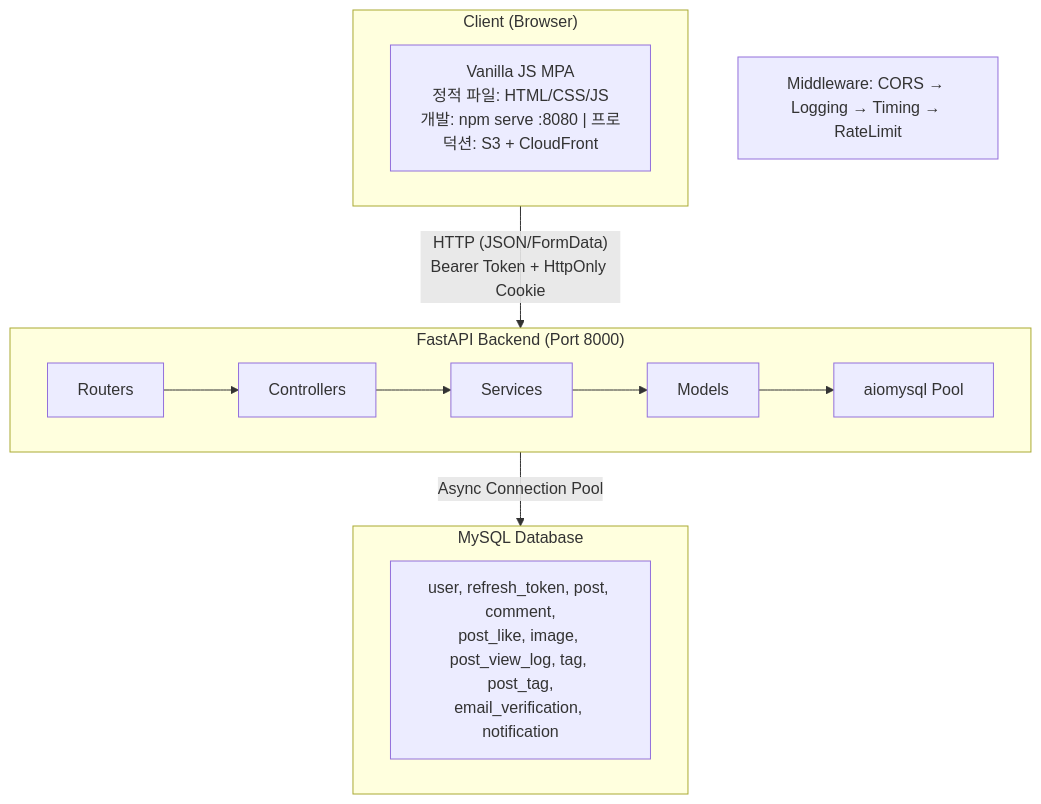
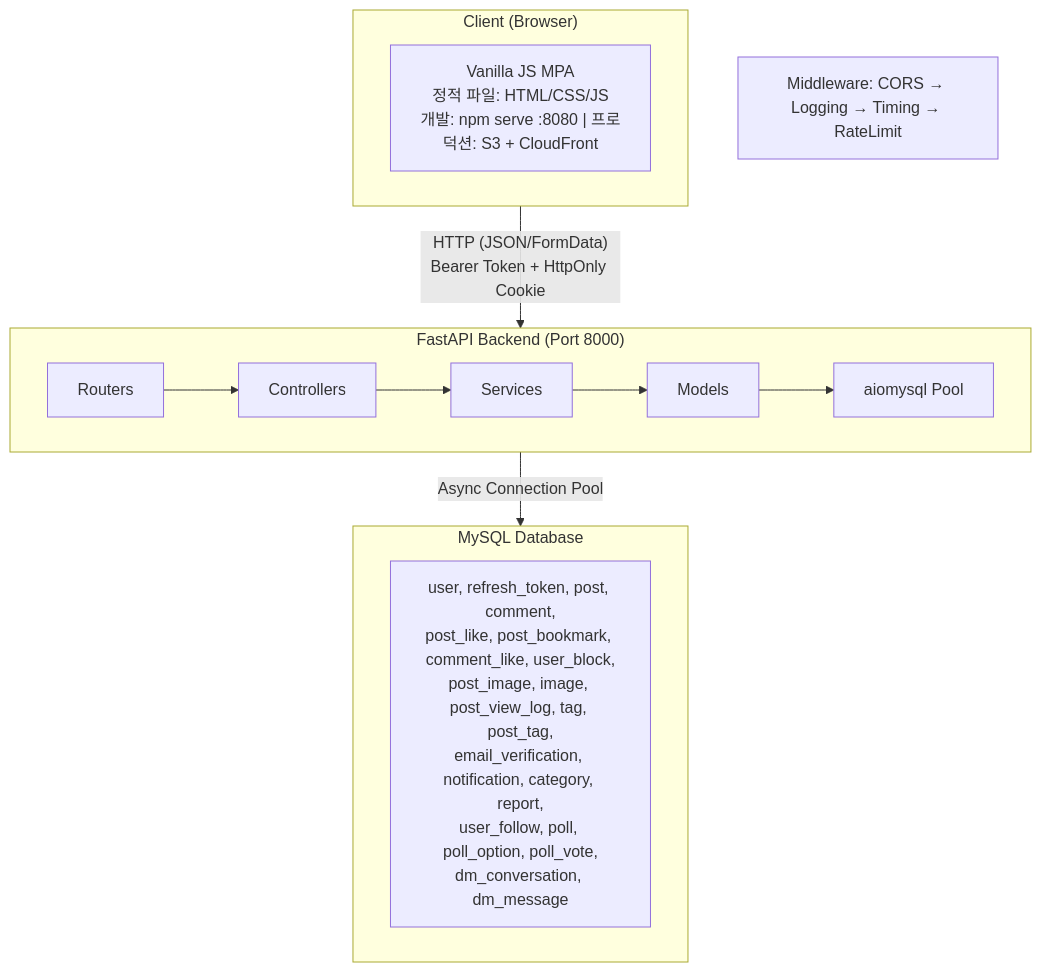
The first of 3 diagrams in README.md (revenantonthemission/2-cho-community-be), drawn with Mermaid before and after one commit. The commit also changed other lines of this file, not shown here.

````diff
--- a/README.md
+++ b/README.md
@@ -45,21 +51,21 @@
 ```mermaid
 flowchart TD
     subgraph Client["Client (Browser)"]
         FE["Vanilla JS MPA<br/>정적 파일: HTML/CSS/JS<br/>개발: npm serve :8080 | 프로덕션: S3 + CloudFront"]
     end
 
     Client -->|"HTTP (JSON/FormData)<br/>Bearer Token + HttpOnly Cookie"| Backend
 
     subgraph Backend["FastAPI Backend (Port 8000)"]
         direction LR
         Routers --> Controllers --> Services --> Models --> Pool["aiomysql Pool"]
     end
 
     note["Middleware: CORS → Logging → Timing → RateLimit"]
 
     Backend -->|"Async Connection Pool"| DB
 
     subgraph DB["MySQL Database"]
-        Tables["user, refresh_token, post, comment,<br/>post_like, image, post_view_log, tag, post_tag,<br/>email_verification, notification"]
+        Tables["user, refresh_token, post, comment,<br/>post_like, post_bookmark, comment_like, user_block,<br/>post_image, image, post_view_log, tag, post_tag,<br/>email_verification, notification, category, report,<br/>user_follow, poll, poll_option, poll_vote,<br/>dm_conversation, dm_message"]
     end
 ```
````
